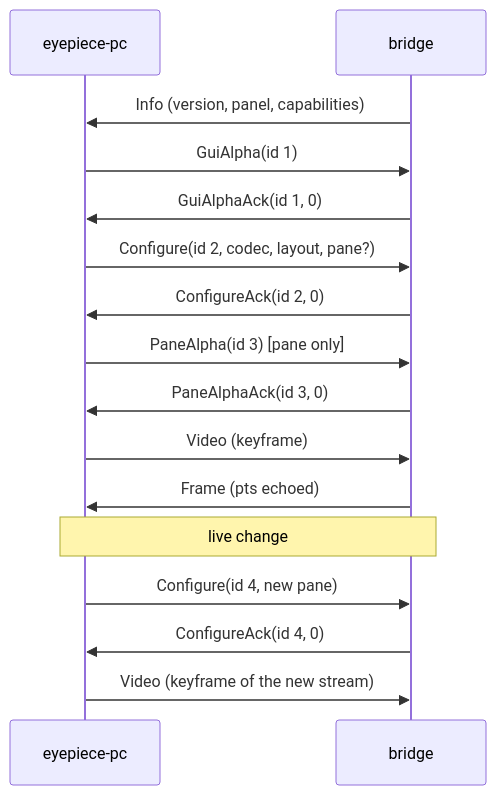
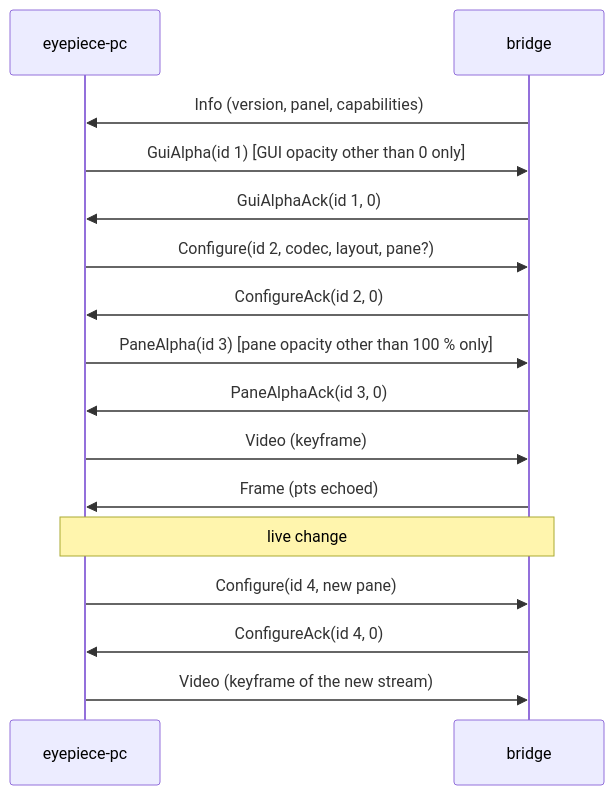
The second of 2 diagrams in docs/protocol/bridge.md (zuim/eyepiece-pc), drawn with Mermaid before and after one commit. The commit also changed other lines of this file and 13 other files, not shown here.

First line of the commit message:
protocol: match tinkerglass' bridge exactly; GUI opacity starts at 0

````diff
--- a/docs/protocol/bridge.md
+++ b/docs/protocol/bridge.md
@@ -145,18 +146,18 @@
 ```mermaid
 sequenceDiagram
     participant PC as eyepiece-pc
     participant B as bridge
     B->>PC: Info (version, panel, capabilities)
-    PC->>B: GuiAlpha(id 1)
+    PC->>B: GuiAlpha(id 1)  [GUI opacity other than 0 only]
     B->>PC: GuiAlphaAck(id 1, 0)
     PC->>B: Configure(id 2, codec, layout, pane?)
     B->>PC: ConfigureAck(id 2, 0)
-    PC->>B: PaneAlpha(id 3)  [pane only]
+    PC->>B: PaneAlpha(id 3)  [pane opacity other than 100 % only]
     B->>PC: PaneAlphaAck(id 3, 0)
     PC->>B: Video (keyframe)
     B->>PC: Frame (pts echoed)
     Note over PC,B: live change
     PC->>B: Configure(id 4, new pane)
     B->>PC: ConfigureAck(id 4, 0)
     PC->>B: Video (keyframe of the new stream)
 ```
````
